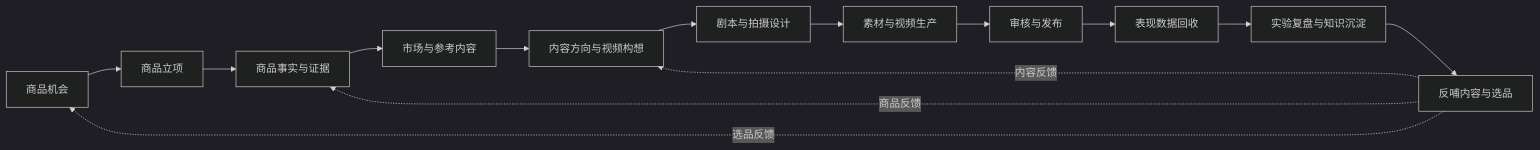
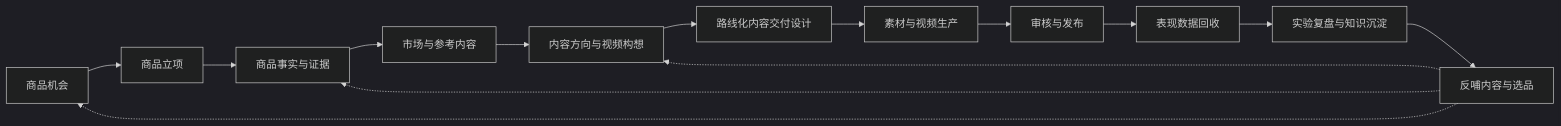
Before and after one commit to SONG-36/TK_Video_Intelligence_Workbench: the first of 3 diagrams in 01_CAPABILITY_ROADMAP.md, drawn with Mermaid (dark theme). The commit also changed other lines of this file and 8 other files, not shown here.

````diff
--- a/01_CAPABILITY_ROADMAP.md
+++ b/01_CAPABILITY_ROADMAP.md
@@ -31,19 +30,19 @@
 ```mermaid
 flowchart LR
     C1[商品机会]
     C2[商品立项]
     C3[商品事实与证据]
     C4[市场与参考内容]
     C5[内容方向与视频构想]
-    C6[剧本与拍摄设计]
+    C6[路线化内容交付设计]
     C7[素材与视频生产]
     C8[审核与发布]
     C9[表现数据回收]
     C10[实验复盘与知识沉淀]
     C11[反哺内容与选品]
 
     C1 --> C2 --> C3 --> C4 --> C5 --> C6 --> C7 --> C8 --> C9 --> C10 --> C11
-    C11 -. 内容反馈 .-> C5
-    C11 -. 商品反馈 .-> C3
-    C11 -. 选品反馈 .-> C1
+    C11 -.-> C5
+    C11 -.-> C3
+    C11 -.-> C1
 ```
````
